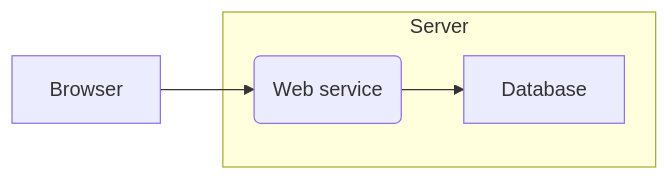
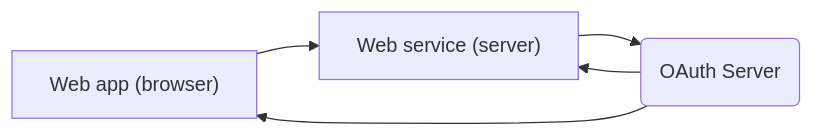
One commit to FusionAuth/fusionauth-site changed the second of 2 diagrams in astro/src/content/articles/authentication/bff.mdx. Above: the diagram before and after it, drawn with Mermaid. The commit also changed other lines of this file, not shown here.

Commit message:
oauth explained

````diff
--- a/astro/src/content/articles/authentication/bff.mdx
+++ b/astro/src/content/articles/authentication/bff.mdx
@@ -62,7 +100,7 @@
 ```mermaid
 graph LR
-	Browser --> ws(Web service)
-	subgraph Server
-		ws --> Database
-	end
+	wa["Web app (browser)"] --> ws["Web service (server)"]
+	os(OAuth Server) --> wa
+	ws --> os
+	os --> ws
 ```
````
